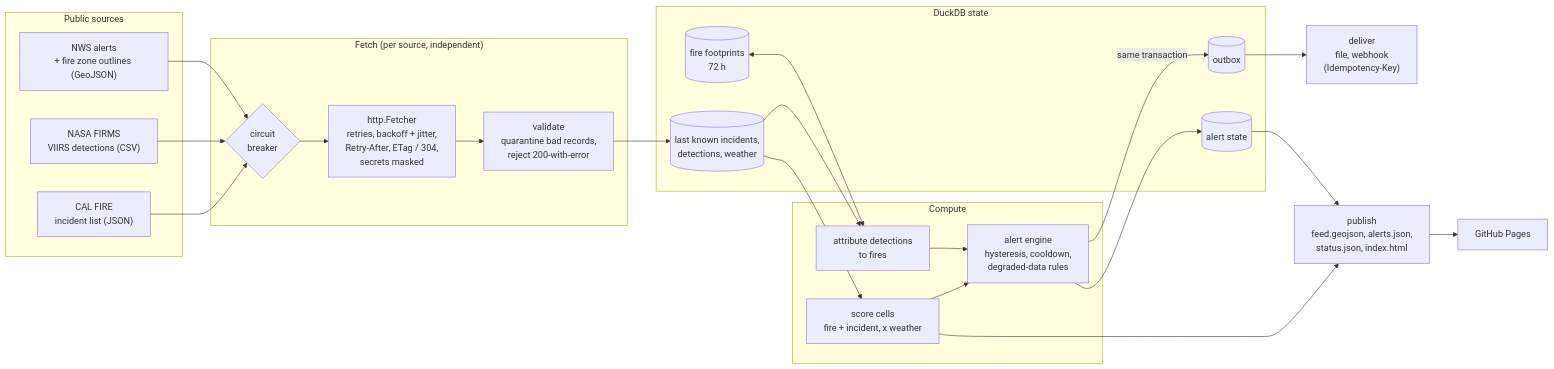
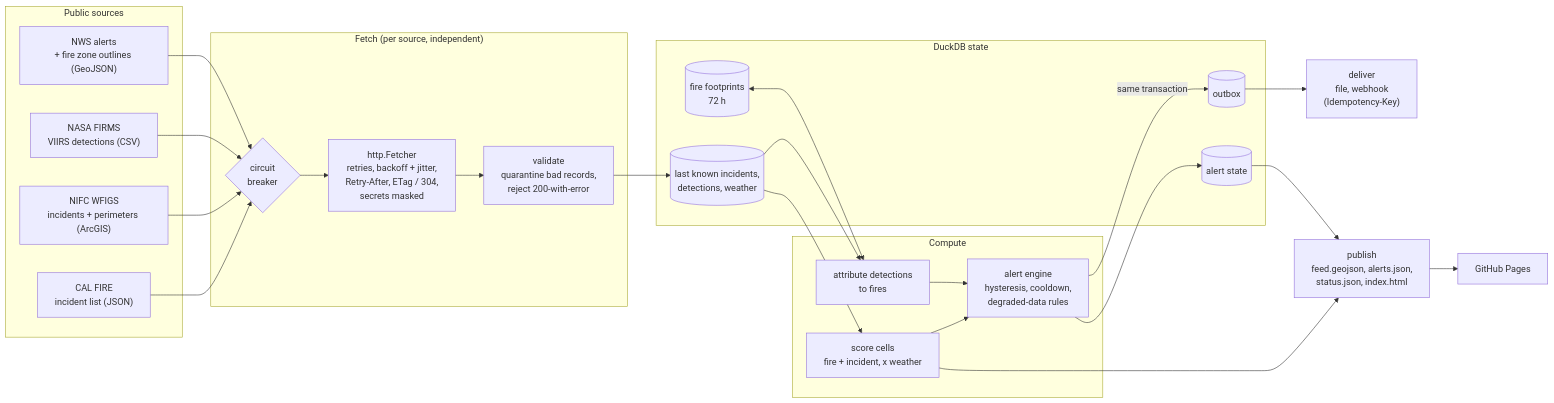
One commit to AaronJAdler/wildfire-risk-feed changed the first of 3 diagrams in docs/architecture.md. Above: the diagram before and after it, drawn with Mermaid. The commit also changed other lines of this file and 27 other files, not shown here.

First line of the commit message:
Add NIFC WFIGS incidents, perimeters and map layers

````diff
--- a/docs/architecture.md
+++ b/docs/architecture.md
@@ -9,37 +9,38 @@
 ```mermaid
 flowchart LR
     subgraph sources["Public sources"]
         cf["CAL FIRE<br/>incident list (JSON)"]
+        wf["NIFC WFIGS<br/>incidents + perimeters (ArcGIS)"]
         firms["NASA FIRMS<br/>VIIRS detections (CSV)"]
         nws["NWS alerts<br/>+ fire zone outlines (GeoJSON)"]
     end
 
     subgraph fetch["Fetch (per source, independent)"]
         http["http.Fetcher<br/>retries, backoff + jitter,<br/>Retry-After, ETag / 304,<br/>secrets masked"]
         breaker{"circuit<br/>breaker"}
         validate["validate<br/>quarantine bad records,<br/>reject 200-with-error"]
     end
 
     subgraph state["DuckDB state"]
         known[("last known incidents,<br/>detections, weather")]
         fp[("fire footprints<br/>72 h")]
         alerts[("alert state")]
         outbox[("outbox")]
     end
 
     subgraph compute["Compute"]
         score["score cells<br/>fire + incident, x weather"]
         attr["attribute detections<br/>to fires"]
         engine["alert engine<br/>hysteresis, cooldown,<br/>degraded-data rules"]
     end
 
-    cf & firms & nws --> breaker --> http --> validate --> known
+    cf & wf & firms & nws --> breaker --> http --> validate --> known
     known --> score & attr
     fp <--> attr
     score & attr --> engine
     engine --> alerts
     engine -- "same transaction" --> outbox
     outbox --> deliver["deliver<br/>file, webhook<br/>(Idempotency-Key)"]
     score & alerts --> publish["publish<br/>feed.geojson, alerts.json,<br/>status.json, index.html"]
     publish --> pages["GitHub Pages"]
 ```
````
